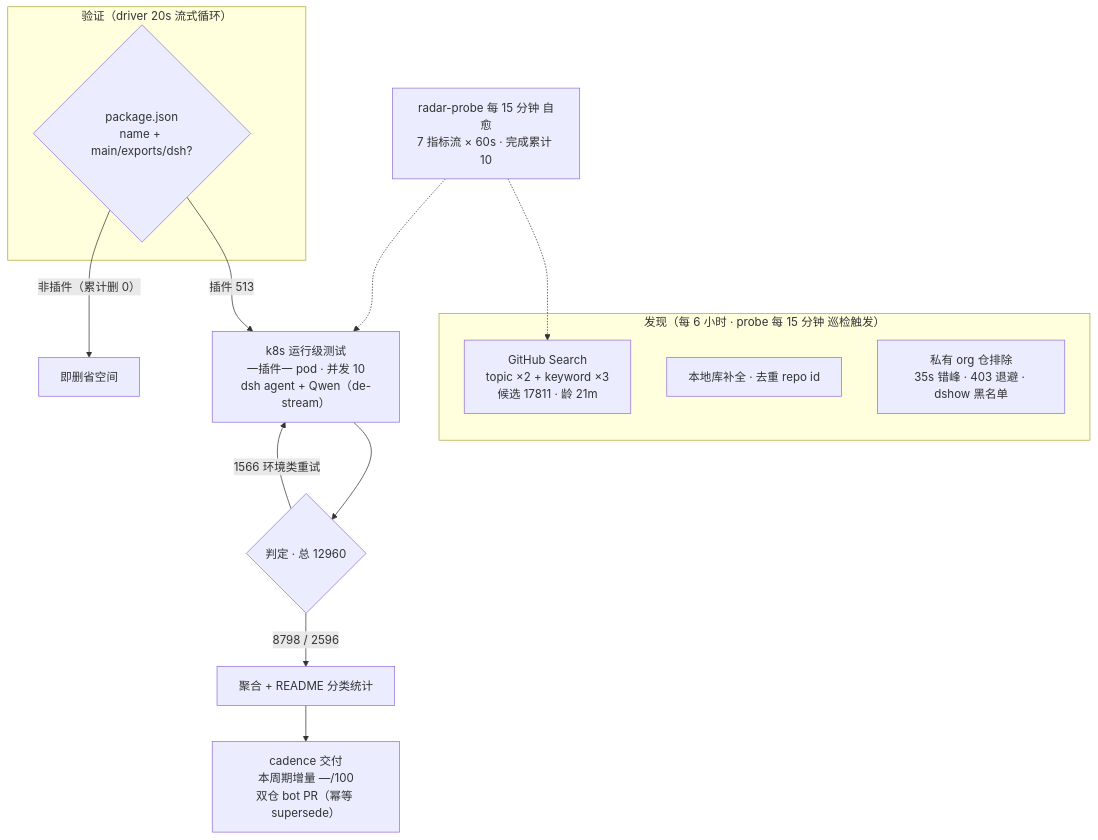
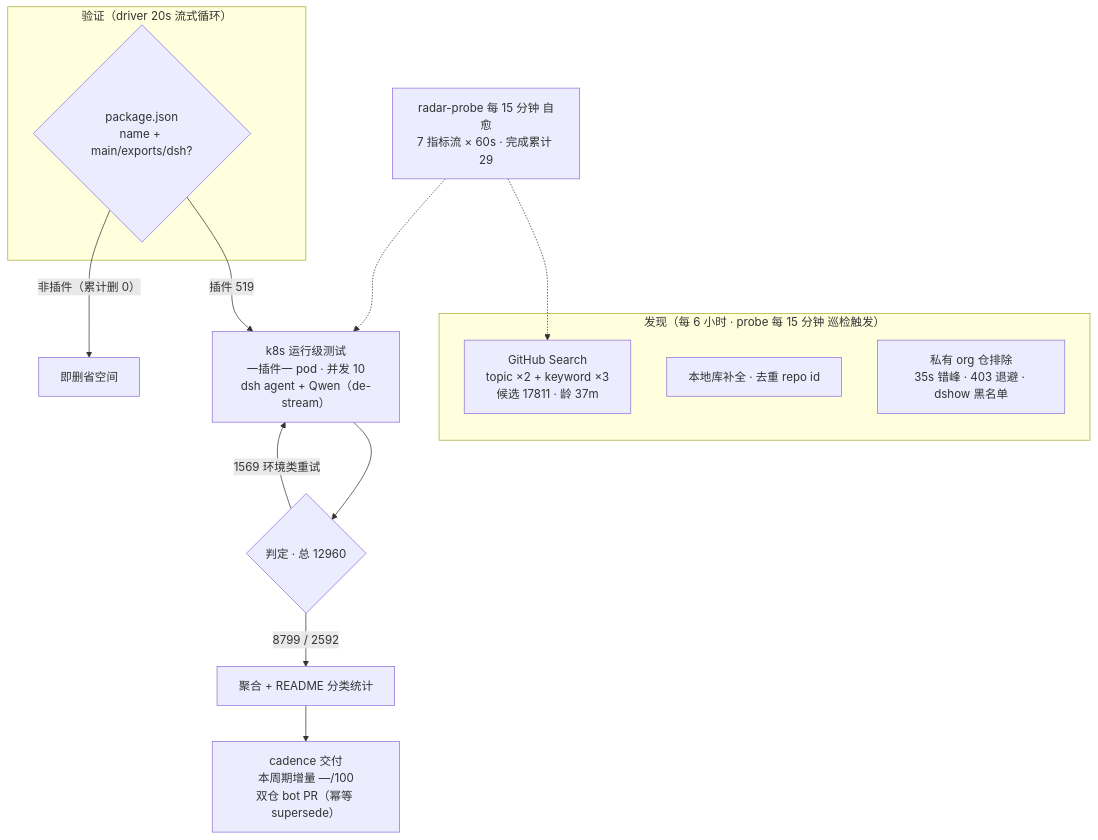
One commit to AdamPlatin123/awesome-dsh-plugins changed the diagram in README.md. Above: the diagram before and after it, drawn with Mermaid. The commit also changed other lines of this file and 5 other files, not shown here.

````diff
--- a/README.md
+++ b/README.md
@@ -52,20 +52,20 @@
 ```mermaid
 flowchart TB
     subgraph Discovery["发现（每 6 小时 · probe 每 15 分钟 巡检触发）"]
-        A1["GitHub Search<br/>topic ×2 + keyword ×3<br/>候选 17811 · 龄 21m"]
+        A1["GitHub Search<br/>topic ×2 + keyword ×3<br/>候选 17811 · 龄 37m"]
         A2["本地库补全 · 去重 repo id"]
         A3["私有 org 仓排除<br/>35s 错峰 · 403 退避 · dshow 黑名单"]
     end
     subgraph Validation["验证（driver 20s 流式循环）"]
         B1{"package.json<br/>name + main/exports/dsh?"}
     end
-    B1 -->|"插件 513"| C1["k8s 运行级测试<br/>一插件一 pod · 并发 10<br/>dsh agent + Qwen（de-stream）"]
+    B1 -->|"插件 519"| C1["k8s 运行级测试<br/>一插件一 pod · 并发 10<br/>dsh agent + Qwen（de-stream）"]
     B1 -->|"非插件（累计删 0）"| B3["即删省空间"]
     C1 --> D1{"判定 · 总 12960"}
-    D1 -->|"8798 / 2596"| E1["聚合 + README 分类统计"]
-    D1 -->|"1566 环境类重试"| C1
+    D1 -->|"8799 / 2592"| E1["聚合 + README 分类统计"]
+    D1 -->|"1569 环境类重试"| C1
     E1 --> E2["cadence 交付<br/>本周期增量 —/100<br/>双仓 bot PR（幂等 supersede）"]
-    M["radar-probe 每 15 分钟 自愈<br/>7 指标流 × 60s · 完成累计 10"]
+    M["radar-probe 每 15 分钟 自愈<br/>7 指标流 × 60s · 完成累计 29"]
     M -.-> A1
     M -.-> C1
 ```
````
